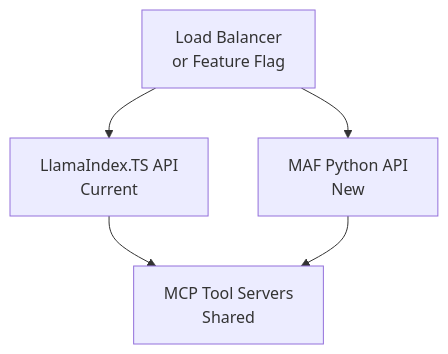
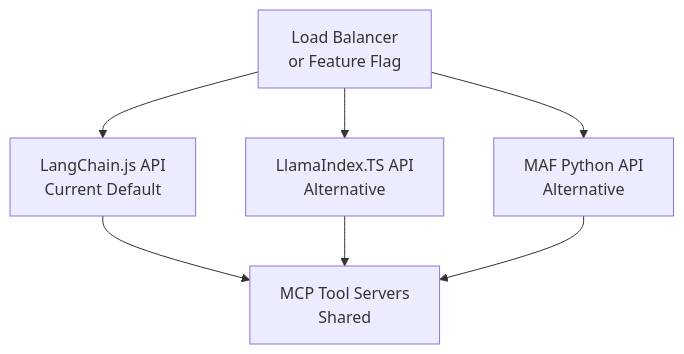
The fourth of 4 diagrams in docs/orchestration.md (Azure-Samples/azure-ai-travel-agents), drawn with Mermaid before and after one commit. The commit also changed other lines of this file and 7 other files, not shown here.

````diff
--- a/docs/orchestration.md
+++ b/docs/orchestration.md
@@ -200,14 +307,17 @@
 ```mermaid
 flowchart TB
     LB[Load Balancer<br/>or Feature Flag]
     
-    LTS[LlamaIndex.TS API<br/>Current]
-    MAF[MAF Python API<br/>New]
+    LC[LangChain.js API<br/>Current Default]
+    LTS[LlamaIndex.TS API<br/>Alternative]
+    MAF[MAF Python API<br/>Alternative]
     
     MCP[MCP Tool Servers<br/>Shared]
     
+    LB --> LC
     LB --> LTS
     LB --> MAF
+    LC --> MCP
     LTS --> MCP
     MAF --> MCP
 ```
````
